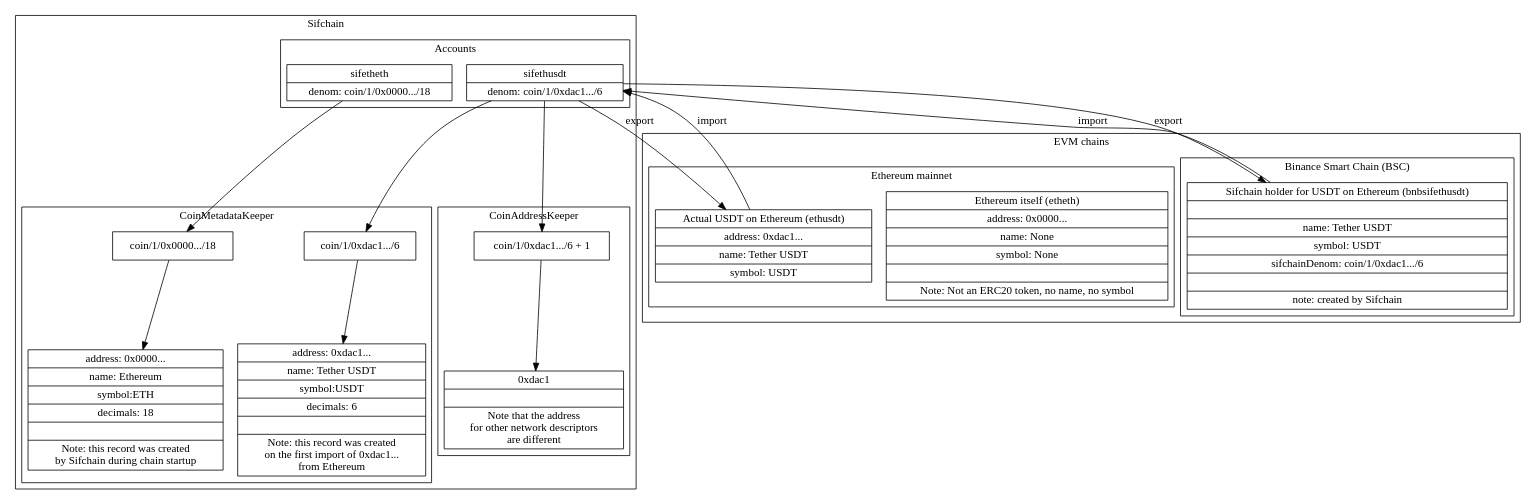
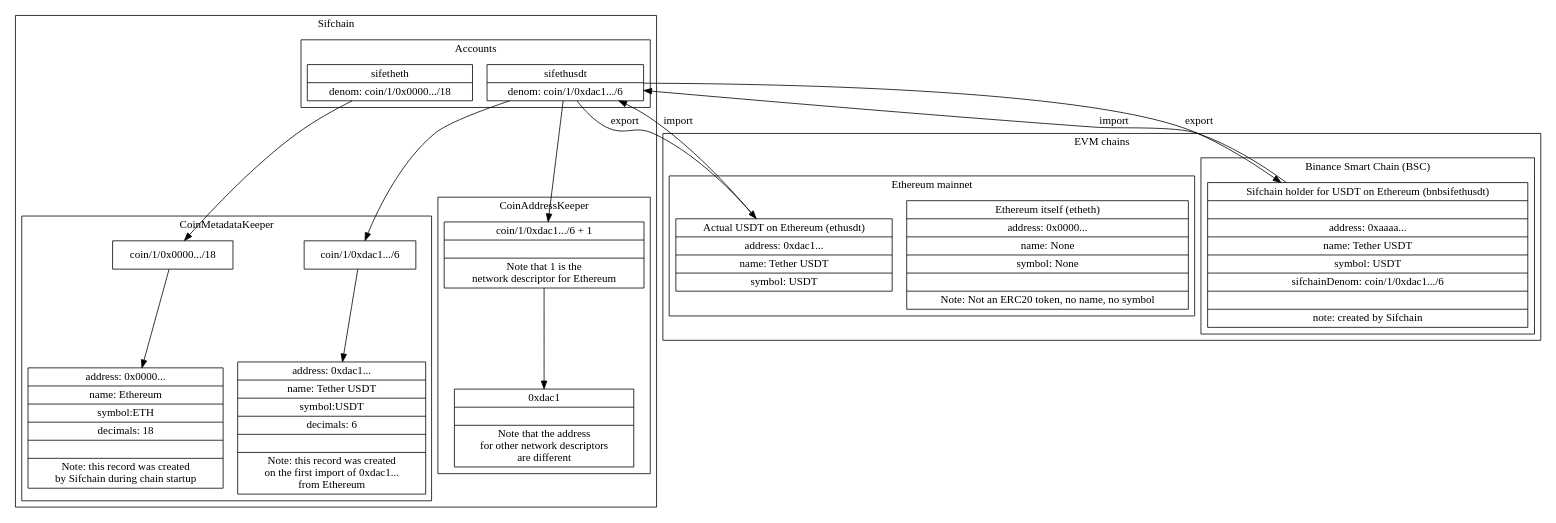
One commit to dolphintwo/sifnode changed the diagram in docs/peggy/tokenPaths.dot. Above: the diagram before and after it, drawn with Graphviz.

```diff
--- a/docs/peggy/tokenPaths.dot
+++ b/docs/peggy/tokenPaths.dot
@@ -1,54 +1,54 @@
 digraph G {
     node [
         shape = "record"
     ]
 
     subgraph cluster_sifchain {
         label="Sifchain"
         subgraph cluster_coins {
             label="Accounts"
             sifethusdt [label="{sifethusdt|denom: coin/1/0xdac1.../6}"]
             sifetheth [label="{sifetheth|denom: coin/1/0x0000.../18}"]
         }
 
         subgraph cluster_coinmetadatakeeper {
             label="CoinMetadataKeeper"
             sifethusdtdenom [label="coin/1/0xdac1.../6}"]
             sifethusdtmetdata [label="{address: 0xdac1...|name: Tether USDT|symbol:USDT|decimals: 6||Note: this record was created\non the first import of 0xdac1... \nfrom Ethereum}"]
             sifethusdtdenom -> sifethusdtmetdata
             sifethusdt -> sifethusdtdenom
 
             sifethethdenom [label="coin/1/0x0000.../18}"]
             sifethethmetdata [label="{address: 0x0000...|name: Ethereum|symbol:ETH|decimals: 18||Note: this record was created \nby Sifchain during chain startup}"]
             sifethethdenom -> sifethethmetdata
             sifetheth -> sifethethdenom
         }
         subgraph cluster_coinaddresskeeper {
             label="CoinAddressKeeper"
-            sifethdenomandnetworkdescriptor [label="coin/1/0xdac1.../6 + 1"]
-            sifethusdtaddr [label="{0xdac1||Note that the address\nfor other network descriptors\nare different}"]
-            sifethusdt -> sifethdenomandnetworkdescriptor
-            sifethdenomandnetworkdescriptor -> sifethusdtaddr
+            sifethethdenomandnetworkdescriptor [label="{coin/1/0xdac1.../6 + 1||Note that 1 is the\nnetwork descriptor for Ethereum}"]
+            sifethusdtethaddr [label="{0xdac1||Note that the address\nfor other network descriptors\nare different}"]
+            sifethusdt -> sifethethdenomandnetworkdescriptor
+            sifethethdenomandnetworkdescriptor -> sifethusdtethaddr
         }
     }
     subgraph cluster_evm {
         label="EVM chains"
         subgraph cluster_etherum {
             label="Ethereum mainnet"
             etheth
             ethusdt
         }
         subgraph cluster_bsc {
             label="Binance Smart Chain (BSC)"
             bnbsifethusdt
         }
     }
 
     etheth [label="{Ethereum itself (etheth)|address: 0x0000...|name: None|symbol: None||Note: Not an ERC20 token, no name, no symbol}"]
     ethusdt [label="{Actual USDT on Ethereum (ethusdt)|address: 0xdac1...|name: Tether USDT|symbol: USDT}"]
-    bnbsifethusdt [label="{Sifchain holder for USDT on Ethereum (bnbsifethusdt)||name: Tether USDT|symbol: USDT|sifchainDenom: coin/1/0xdac1.../6||note: created by Sifchain}"]
+    bnbsifethusdt [label="{Sifchain holder for USDT on Ethereum (bnbsifethusdt)||address: 0xaaaa...|    name: Tether USDT|symbol: USDT|sifchainDenom: coin/1/0xdac1.../6||note: created by Sifchain}"]
     ethusdt -> sifethusdt [label="import"]
     sifethusdt -> bnbsifethusdt [label="export"]
     sifethusdt -> ethusdt [label="export"]
     bnbsifethusdt -> sifethusdt [label="import"]
 }
```
